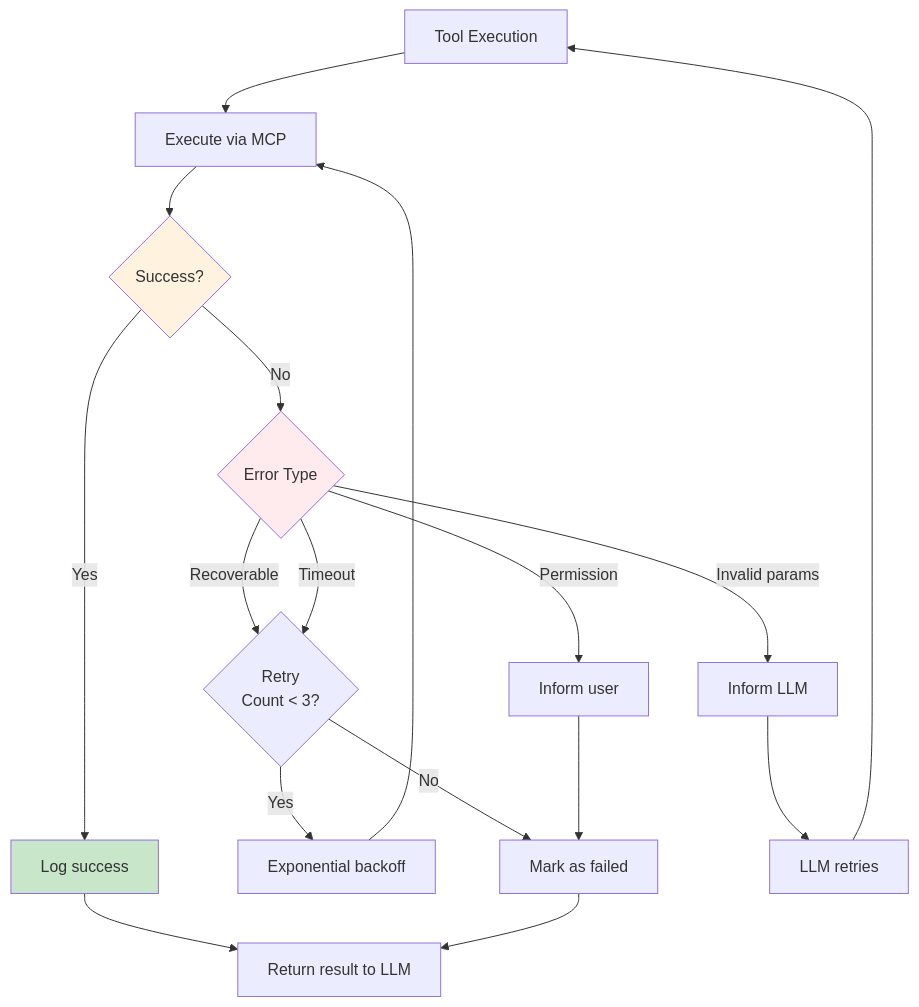
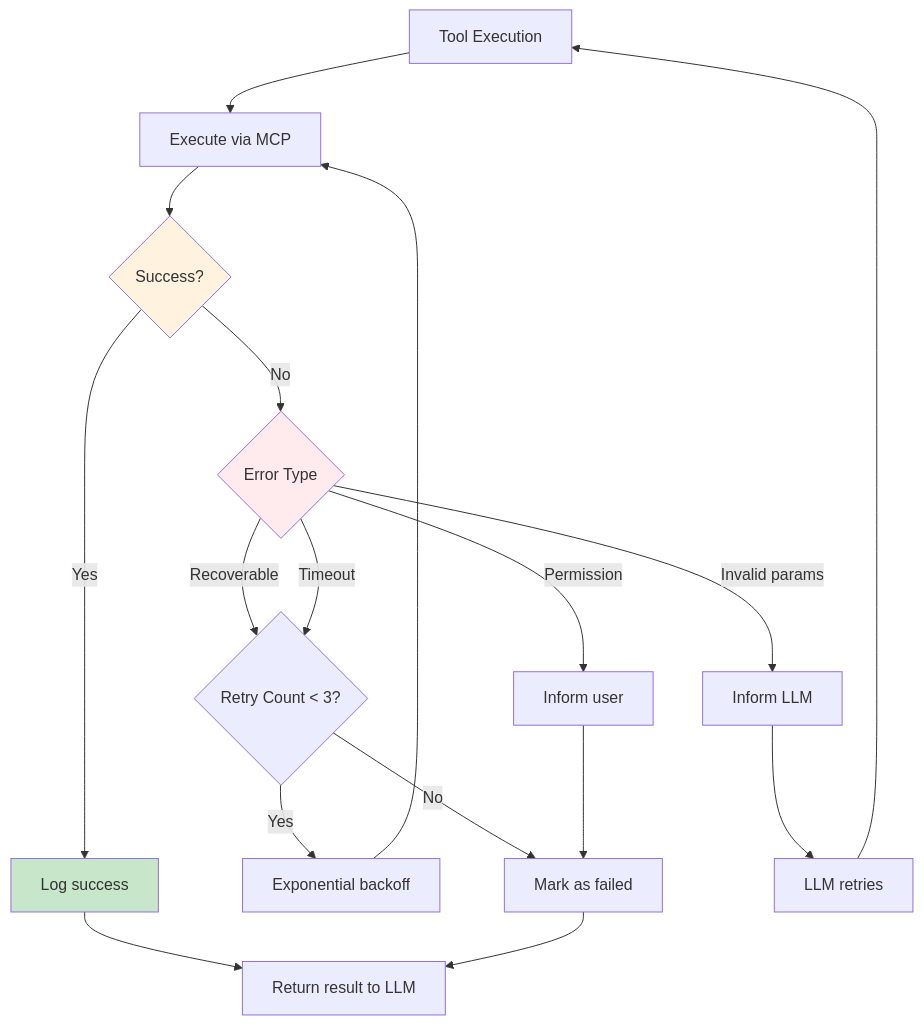
One commit to softwarewrighter/emacs-agent changed the fifth of 7 diagrams in wiki/Tool-System.md. Above: the diagram before and after it, drawn with Mermaid. The commit also changed other lines of this file and 7 other files, not shown here.

First line of the commit message:
Fix wiki Mermaid diagrams: remove <br/> tags

````diff
--- a/wiki/Tool-System.md
+++ b/wiki/Tool-System.md
@@ -256,30 +256,30 @@
 ```mermaid
 graph TB
     START[Tool Execution] --> EXECUTE[Execute via MCP]
 
     EXECUTE --> CHECK{Success?}
 
     CHECK -->|Yes| LOG_SUCCESS[Log success]
     CHECK -->|No| ERROR_TYPE{Error Type}
 
-    ERROR_TYPE -->|Recoverable| RETRY{Retry<br/>Count < 3?}
+    ERROR_TYPE -->|Recoverable| RETRY{Retry Count < 3?}
     ERROR_TYPE -->|Permission| INFORM_USER[Inform user]
     ERROR_TYPE -->|Invalid params| INFORM_LLM[Inform LLM]
     ERROR_TYPE -->|Timeout| RETRY
 
     RETRY -->|Yes| BACKOFF[Exponential backoff]
     RETRY -->|No| FAIL[Mark as failed]
 
     BACKOFF --> EXECUTE
 
     INFORM_USER --> FAIL
     INFORM_LLM --> LLM_RETRY[LLM retries]
 
     LOG_SUCCESS --> RETURN[Return result to LLM]
     FAIL --> RETURN
     LLM_RETRY --> START
 
     style CHECK fill:#fff3e0
     style ERROR_TYPE fill:#ffebee
     style LOG_SUCCESS fill:#c8e6c9
 ```
````
